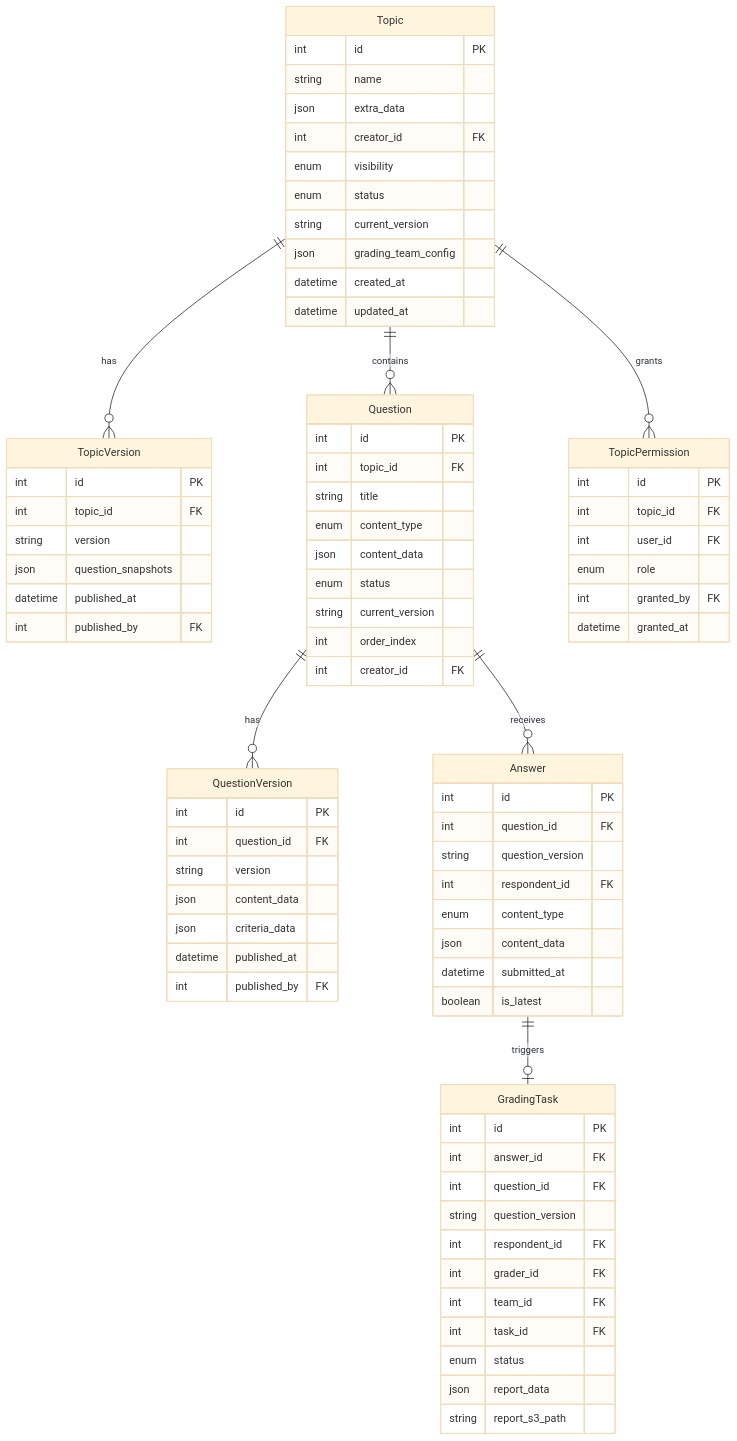
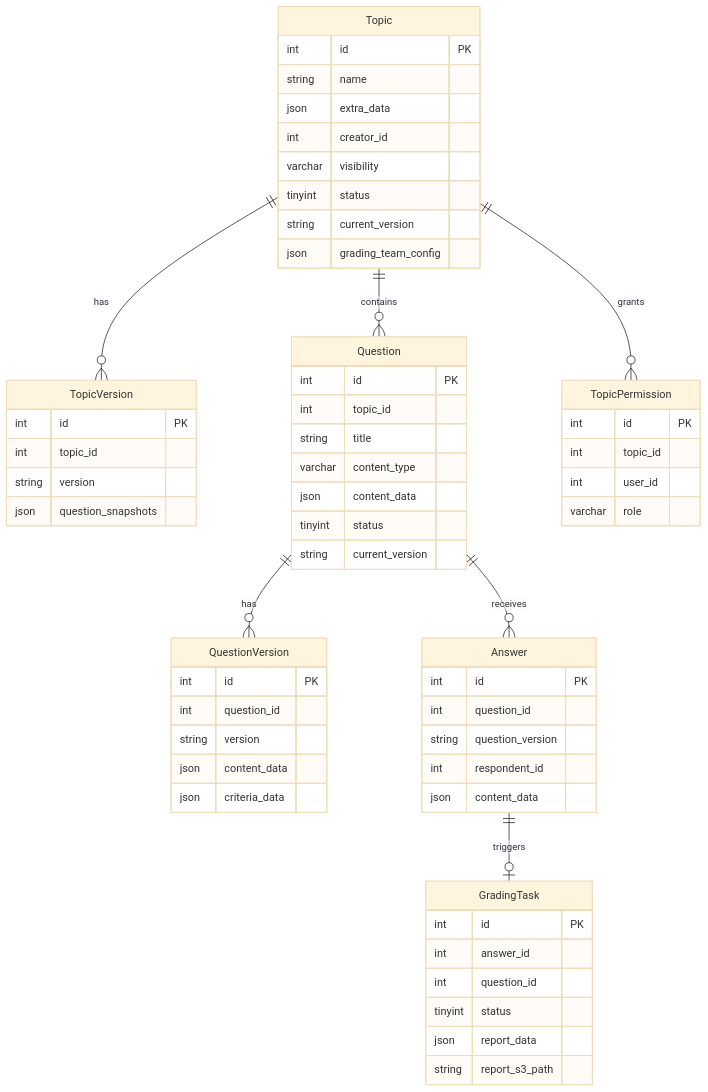
One commit to wecode-ai/Wegent changed the second of 6 diagrams in plans/evaluation-module-technical-spec.md. Above: the diagram before and after it, drawn with Mermaid (base theme). The commit also changed other lines of this file, not shown here.

```diff
--- a/plans/evaluation-module-technical-spec.md
+++ b/plans/evaluation-module-technical-spec.md
@@ -112,81 +96,63 @@
     Question ||--o{ QuestionVersion : has
     Question ||--o{ Answer : receives
     Answer ||--o| GradingTask : triggers
-    
+
     Topic {
         int id PK
         string name
         json extra_data
-        int creator_id FK
-        enum visibility
-        enum status
+        int creator_id
+        varchar visibility
+        tinyint status
         string current_version
         json grading_team_config
-        datetime created_at
-        datetime updated_at
     }
-    
+
     TopicVersion {
         int id PK
-        int topic_id FK
+        int topic_id
         string version
         json question_snapshots
-        datetime published_at
-        int published_by FK
     }
-    
+
     TopicPermission {
         int id PK
-        int topic_id FK
-        int user_id FK
-        enum role
-        int granted_by FK
-        datetime granted_at
+        int topic_id
+        int user_id
+        varchar role
     }
-    
+
     Question {
         int id PK
-        int topic_id FK
+        int topic_id
         string title
-        enum content_type
+        varchar content_type
         json content_data
-        enum status
+        tinyint status
         string current_version
-        int order_index
-        int creator_id FK
     }
-    
+
     QuestionVersion {
         int id PK
-        int question_id FK
+        int question_id
         string version
         json content_data
         json criteria_data
-        datetime published_at
-        int published_by FK
     }
-    
+
     Answer {
         int id PK
-        int question_id FK
+        int question_id
         string question_version
-        int respondent_id FK
-        enum content_type
+        int respondent_id
         json content_data
-        datetime submitted_at
-        boolean is_latest
     }
-    
+
     GradingTask {
         int id PK
-        int answer_id FK
-        int question_id FK
-        string question_version
-        int respondent_id FK
-        int grader_id FK
-        int team_id FK
-        int task_id FK
-        enum status
+        int answer_id
+        int question_id
+        tinyint status
         json report_data
         string report_s3_path
     }
```
